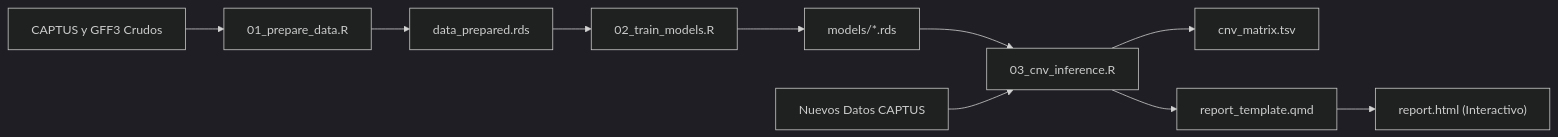
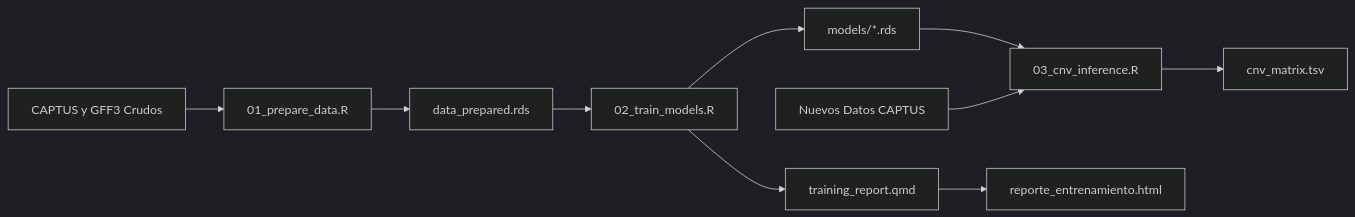
Before and after one commit to xyzdiego/TargetCNV-ML: the diagram in README_es.md, drawn with Mermaid (dark theme). The commit also changed other lines of this file and 10 other files, not shown here.

````diff
--- a/README_es.md
+++ b/README_es.md
@@ -121,12 +125,12 @@
 ```mermaid
 flowchart LR
     A["CAPTUS y GFF3 Crudos"] --> B["01_prepare_data.R"]
     B --> C["data_prepared.rds"]
     C --> D["02_train_models.R"]
     D --> E["models/*.rds"]
     E --> F["03_cnv_inference.R"]
     G["Nuevos Datos CAPTUS"] --> F
     F --> H["cnv_matrix.tsv"]
-    F --> I["report_template.qmd"]
-    I --> J["report.html (Interactivo)"]
+    D --> I["training_report.qmd"]
+    I --> J["reporte_entrenamiento.html"]
 ```
````
